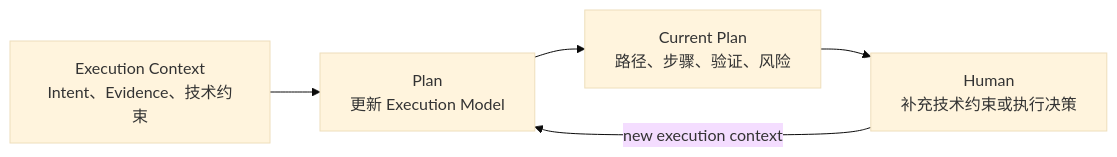
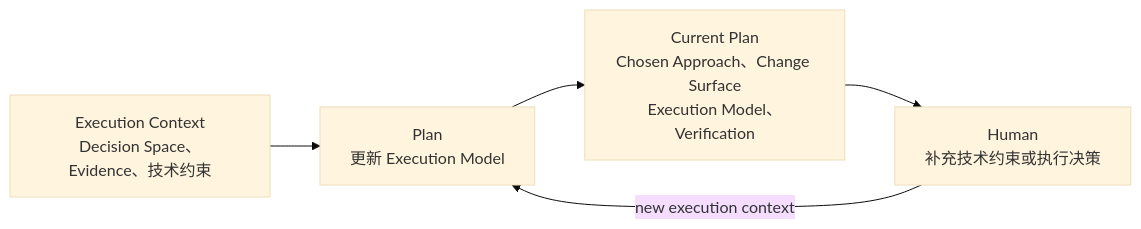
One commit to FlutteryEmbers/human-react changed the fourth of 8 diagrams in .human-react/loop.md. Above: the diagram before and after it, drawn with Mermaid (base theme). The commit also changed other lines of this file and 17 other files, not shown here.

````diff
--- a/.human-react/loop.md
+++ b/.human-react/loop.md
@@ -84,12 +136,12 @@
 ```mermaid
 flowchart LR
-    EC["Execution Context<br/>Intent、Evidence、技术约束"]
+    EC["Execution Context<br/>Decision Space、Evidence、技术约束"]
     P["Plan<br/>更新 Execution Model"]
-    O["Current Plan<br/>路径、步骤、验证、风险"]
+    O["Current Plan<br/>Chosen Approach、Change Surface<br/>Execution Model、Verification"]
     H["Human<br/>补充技术约束或执行决策"]
 
     EC --> P
     P --> O
     O --> H
     H -->|"new execution context"| P
 ```
````
